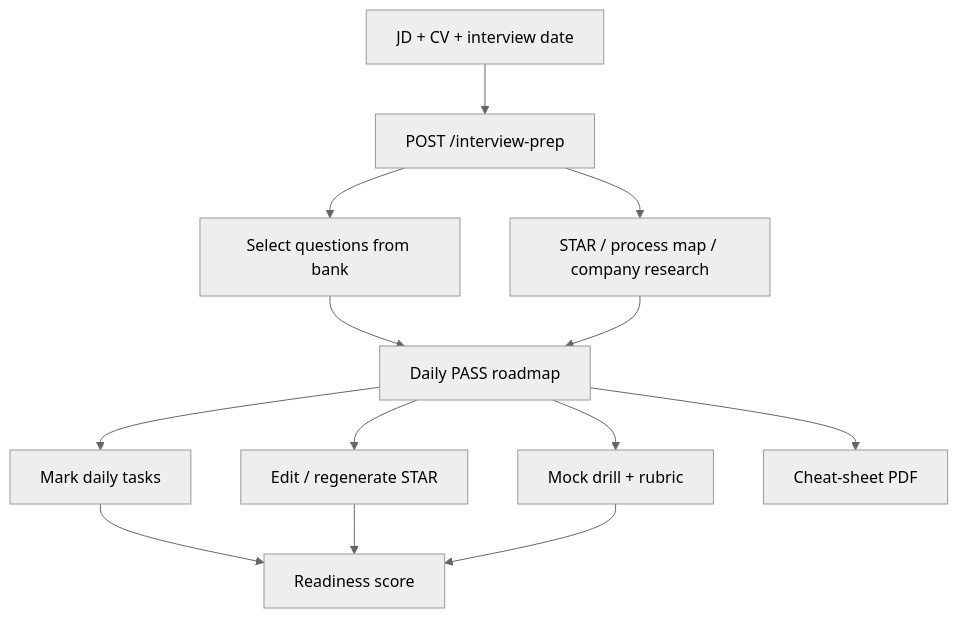
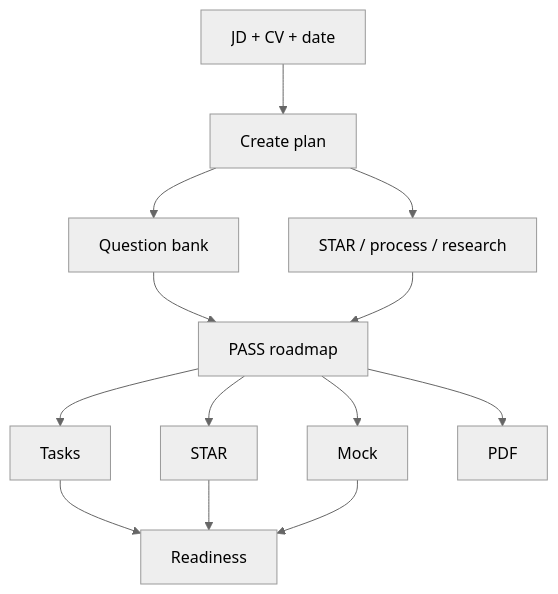
Before and after one commit to dainv123/resumate: the ninth of 10 diagrams in README.md, drawn with Mermaid (neutral theme). The commit also changed other lines of this file and 17 other files, not shown here.

````diff
--- a/README.md
+++ b/README.md
@@ -274,15 +266,9 @@
 ```mermaid
 flowchart TD
-  In[JD + CV + interview date] --> Create[POST /interview-prep]
-  Create --> Bank[Select questions from bank]
-  Create --> AI[STAR / process map / company research]
-  Bank --> Road[Daily PASS roadmap]
-  AI --> Road
-  Road --> Tasks[Mark daily tasks]
-  Road --> STAR[Edit / regenerate STAR]
-  Road --> Mock[Mock drill + rubric]
-  Road --> PDF[Cheat-sheet PDF]
-  Tasks --> Score[Readiness score]
-  STAR --> Score
-  Mock --> Score
+  In[JD + CV + date] --> Create[Create plan]
+  Create --> Bank[Question bank]
+  Create --> AI[STAR / process / research]
+  Bank & AI --> Road[PASS roadmap]
+  Road --> Tasks & STAR & Mock & PDF
+  Tasks & STAR & Mock --> Score[Readiness]
 ```
````
